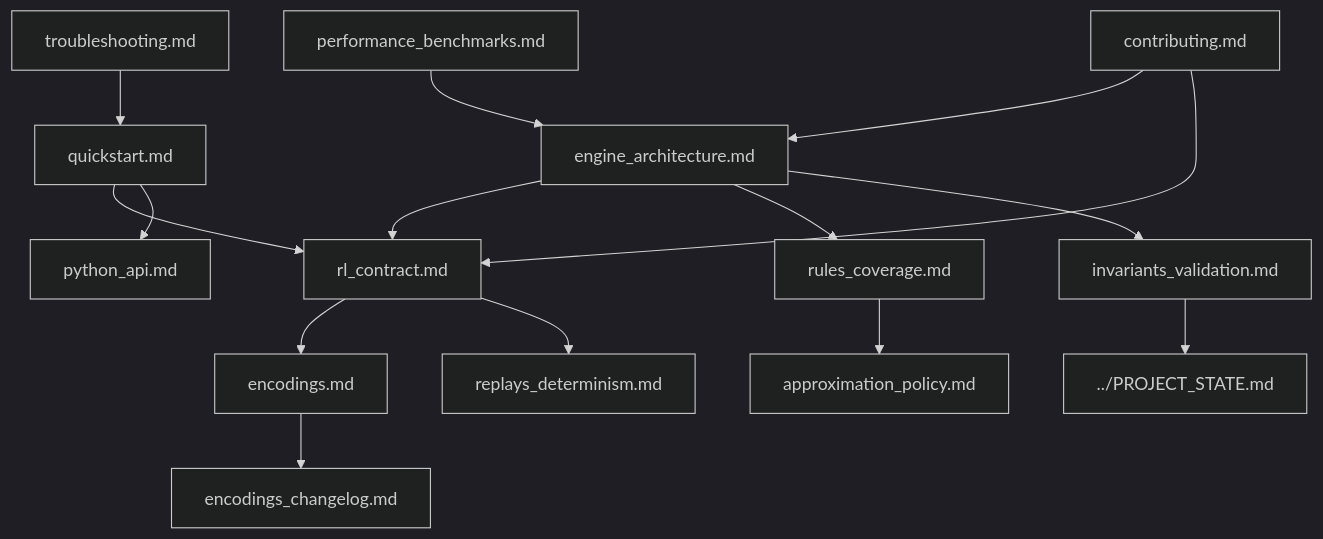
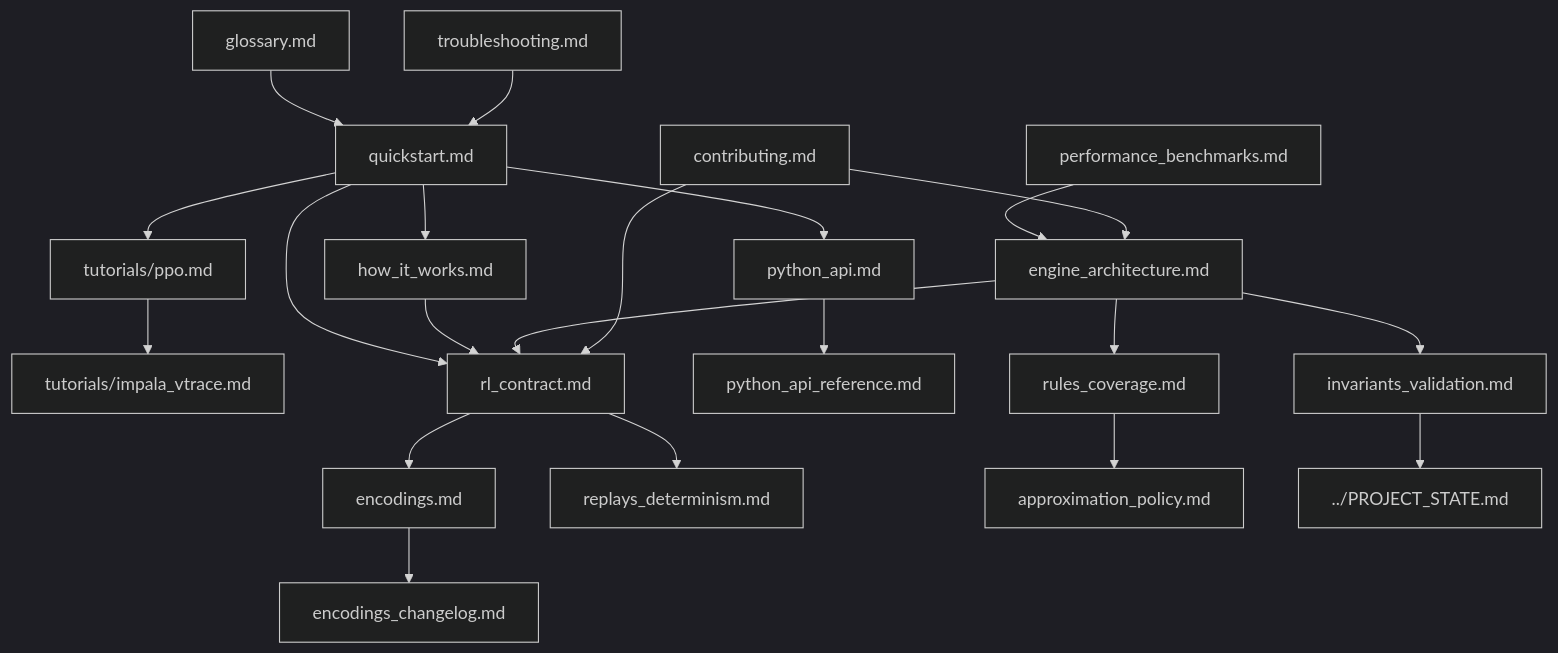
One commit to victorwp288/weiss-schwarz-simulator changed the diagram in docs/README.md. Above: the diagram before and after it, drawn with Mermaid (dark theme). The commit also changed other lines of this file and 75 other files, not shown here.

````diff
--- a/docs/README.md
+++ b/docs/README.md
@@ -43,17 +61,24 @@
 ```mermaid
 flowchart TD
-  A["quickstart.md"] --> B["rl_contract.md"]
-  A --> C["python_api.md"]
-  B --> D["encodings.md"]
-  D --> E["encodings_changelog.md"]
-  B --> F["replays_determinism.md"]
-  G["engine_architecture.md"] --> B
-  G --> H["rules_coverage.md"]
-  H --> I["approximation_policy.md"]
-  G --> J["invariants_validation.md"]
-  J --> K["../PROJECT_STATE.md"]
-  L["performance_benchmarks.md"] --> G
-  M["troubleshooting.md"] --> A
-  N["contributing.md"] --> G
-  N --> B
+  QS["quickstart.md"] --> HIT["how_it_works.md"]
+  QS --> PPO["tutorials/ppo.md"]
+  PPO --> IMP["tutorials/impala_vtrace.md"]
+  QS --> RL["rl_contract.md"]
+  RL --> ENC["encodings.md"]
+  ENC --> CHG["encodings_changelog.md"]
+  RL --> REP["replays_determinism.md"]
+  QS --> PY["python_api.md"]
+  PY --> PYREF["python_api_reference.md"]
+  HIT --> RL
+  GLO["glossary.md"] --> QS
+
+  ENG["engine_architecture.md"] --> RL
+  ENG --> COV["rules_coverage.md"]
+  COV --> APR["approximation_policy.md"]
+  ENG --> INV["invariants_validation.md"]
+  INV --> PS["../PROJECT_STATE.md"]
+  PERF["performance_benchmarks.md"] --> ENG
+  TRO["troubleshooting.md"] --> QS
+  CON["contributing.md"] --> ENG
+  CON --> RL
 ```
````
